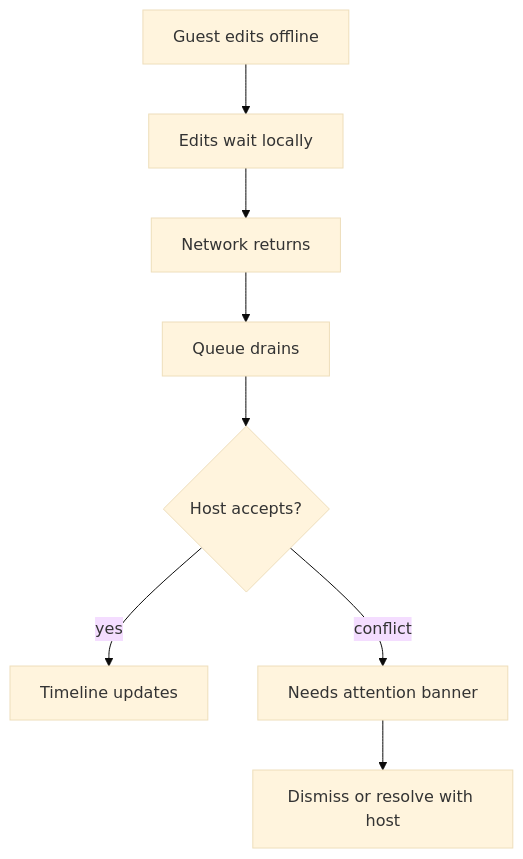
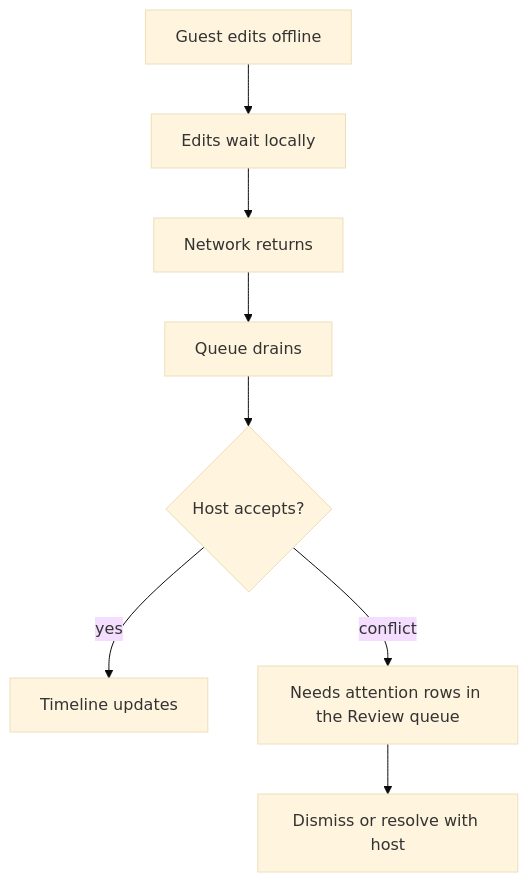
Before and after one commit to calebn/sharecut-studio: the fourth of 6 diagrams in ux/pages/guest-journeys.md, drawn with Mermaid (base theme). The commit also changed 24 other files, not shown here.

First line of the commit message:
refactor(guest): delete the attention banner now that the Review queue carries every attention row (#2298)

````diff
--- a/ux/pages/guest-journeys.md
+++ b/ux/pages/guest-journeys.md
@@ -118,10 +118,10 @@
 ```mermaid
 flowchart TD
   edit[Guest edits offline] --> queue[Edits wait locally]
   queue --> back[Network returns]
   back --> drain[Queue drains]
   drain --> ok{Host accepts?}
   ok -->|yes| synced[Timeline updates]
-  ok -->|conflict| attn[Needs attention banner]
+  ok -->|conflict| attn[Needs attention rows in the Review queue]
   attn --> dismiss[Dismiss or resolve with host]
 ```
````
